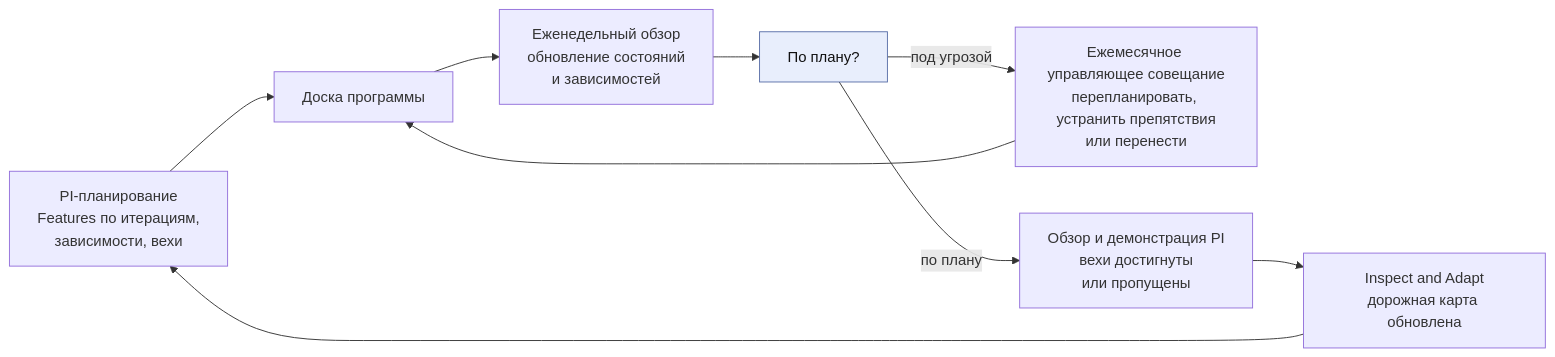
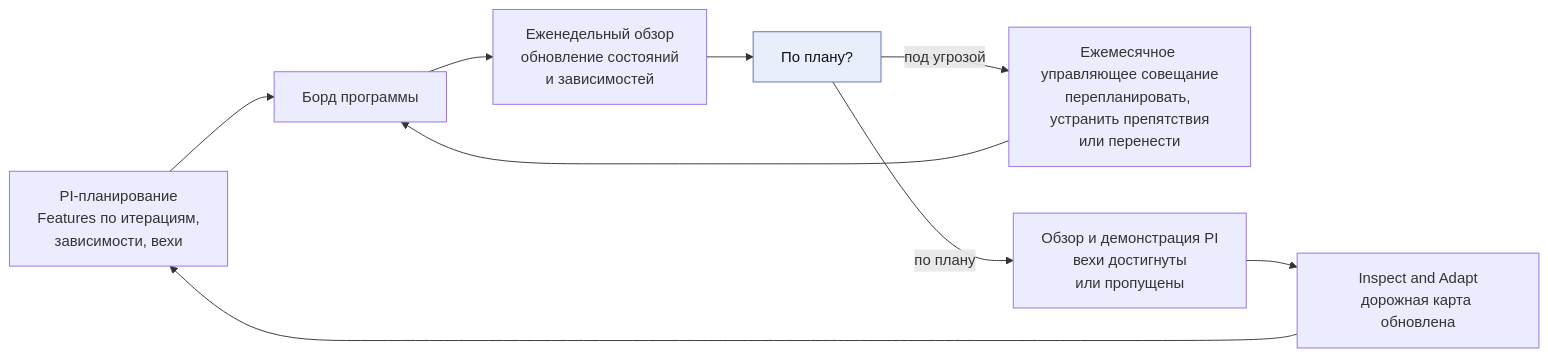
The first of 6 diagrams in charter/ru/workflows/cadence.md (devhogu/ob-aicc), drawn with Mermaid before and after one commit. The commit also changed other lines of this file and 193 other files, not shown here.

````diff
--- a/charter/ru/workflows/cadence.md
+++ b/charter/ru/workflows/cadence.md
@@ -60,12 +60,12 @@
 ```mermaid
 flowchart LR
-  PL["PI-планирование<br/>Features по итерациям,<br/>зависимости, вехи"] --> PBD["Доска программы"]
+  PL["PI-планирование<br/>Features по итерациям,<br/>зависимости, вехи"] --> PBD["Борд программы"]
   PBD --> WR["Еженедельный обзор<br/>обновление состояний<br/>и зависимостей"]
   WR --> MC["По плану?"]:::gate
   MC -->|"под угрозой"| ST["Ежемесячное управляющее совещание<br/>перепланировать, устранить препятствия<br/>или перенести"]
   ST --> PBD
   MC -->|"по плану"| PR["Обзор и демонстрация PI<br/>вехи достигнуты<br/>или пропущены"]
   PR --> RM["Inspect and Adapt<br/>дорожная карта обновлена"]
   RM --> PL
   classDef gate fill:#e8eefc,stroke:#5a6fa8,color:#111
 ```
````
